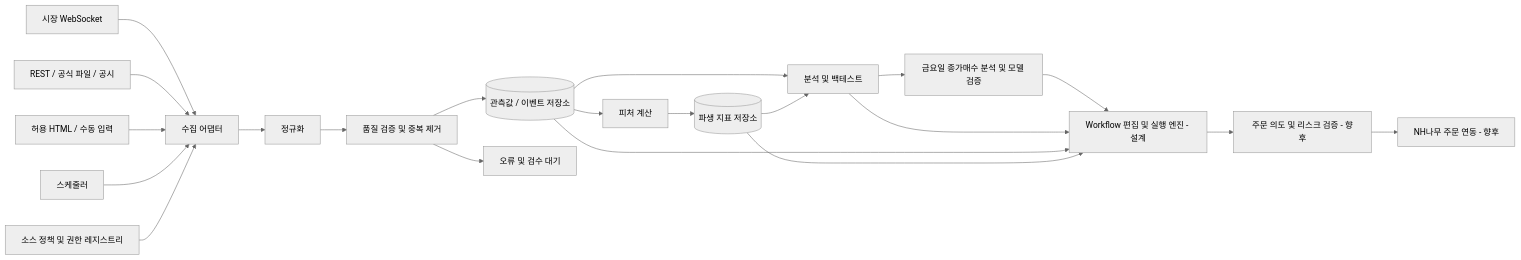
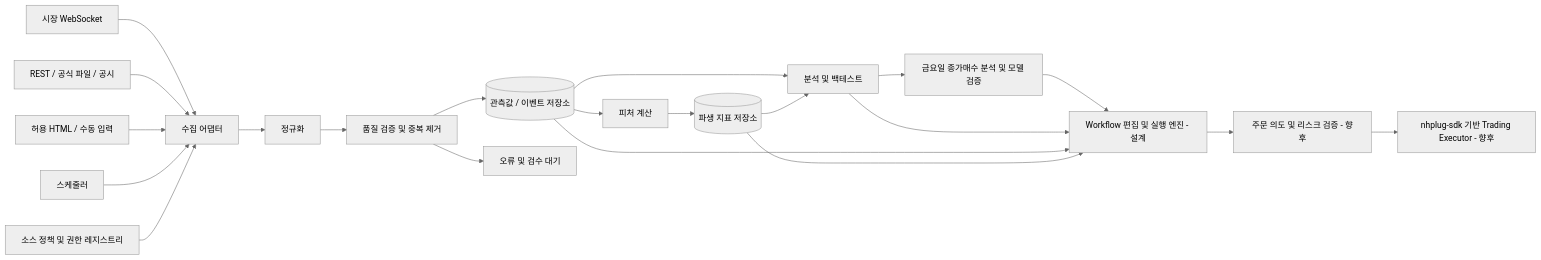
One commit to ELSAPHABA/Auto-Axe changed the first of 4 diagrams in docs/design/specification.md. Above: the diagram before and after it, drawn with Mermaid (neutral theme). The commit also changed other lines of this file, not shown here.

Commit message:
docs: synchronize trading execution specifications with nhplug-sdk

````diff
--- a/docs/design/specification.md
+++ b/docs/design/specification.md
@@ -17,23 +17,23 @@
 ```mermaid
 flowchart LR
   A[시장 WebSocket] --> C[수집 어댑터]
   B[REST / 공식 파일 / 공시] --> C
   H[허용 HTML / 수동 입력] --> C
   S[스케줄러] --> C
   R[소스 정책 및 권한 레지스트리] --> C
   C --> N[정규화]
   N --> Q[품질 검증 및 중복 제거]
   Q --> D[(관측값 / 이벤트 저장소)]
   Q --> E[오류 및 검수 대기]
   D --> F[피처 계산]
   F --> P[(파생 지표 저장소)]
   D --> V[분석 및 백테스트]
   P --> V
   V --> FC[금요일 종가매수 분석 및 모델 검증]
   FC --> W
   V --> W[Workflow 편집 및 실행 엔진 - 설계]
   D --> W
   P --> W
   W --> G[주문 의도 및 리스크 검증 - 향후]
-  G --> O[NH나무 주문 연동 - 향후]
+  G --> O[nhplug-sdk 기반 Trading Executor - 향후]
 ```
````
